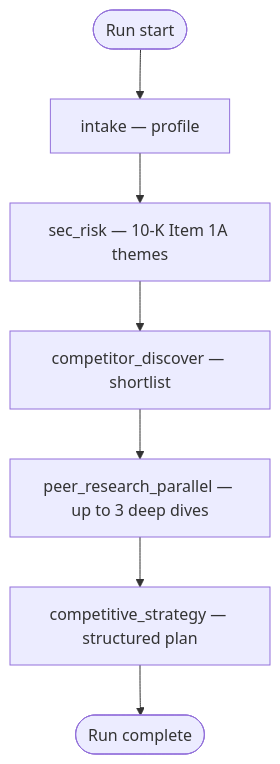
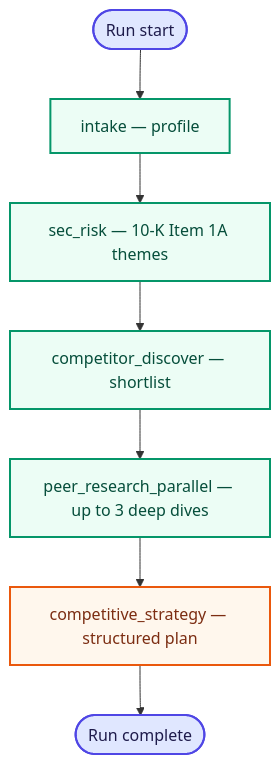
The diagram in README.md (studychain01/CompetitiveAnalysisAgent), drawn with Mermaid before and after one commit. The commit also changed other lines of this file, not shown here.

````diff
--- a/README.md
+++ b/README.md
@@ -50,9 +65,13 @@
 ```mermaid
 flowchart TB
-  START([Run start]) --> intake["intake — profile"]
-  intake --> sec_risk["sec_risk — 10-K Item 1A themes"]
-  sec_risk --> competitor_discover["competitor_discover — shortlist"]
-  competitor_discover --> peer_research_parallel["peer_research_parallel — up to 3 deep dives"]
-  peer_research_parallel --> competitive_strategy["competitive_strategy — structured plan"]
-  competitive_strategy --> END([Run complete])
+  classDef bookend fill:#e0e7ff,stroke:#4f46e5,stroke-width:2px,color:#1e1b4b
+  classDef work fill:#ecfdf5,stroke:#059669,stroke-width:2px,color:#064e3b
+  classDef synth fill:#fff7ed,stroke:#ea580c,stroke-width:2px,color:#7c2d12
+
+  START([Run start]):::bookend --> intake["intake — profile"]:::work
+  intake --> sec_risk["sec_risk — 10-K Item 1A themes"]:::work
+  sec_risk --> competitor_discover["competitor_discover — shortlist"]:::work
+  competitor_discover --> peer_research_parallel["peer_research_parallel — up to 3 deep dives"]:::work
+  peer_research_parallel --> competitive_strategy["competitive_strategy — structured plan"]:::synth
+  competitive_strategy --> END([Run complete]):::bookend
 ```
````
